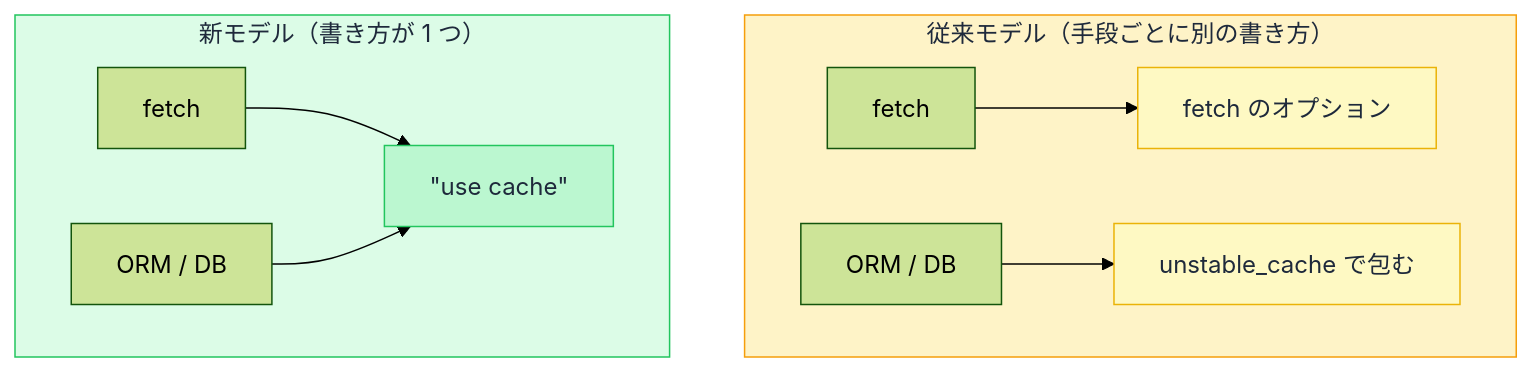
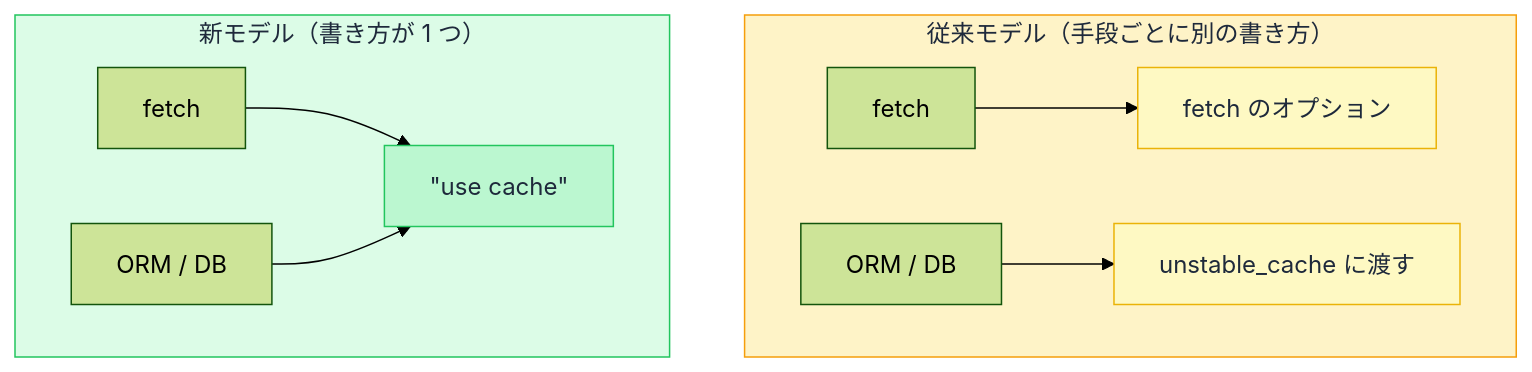
Before and after one commit to ozaki25/web-front-training-ozaki25: the diagram in docs/lessons/day28/index.md, drawn with Mermaid (forest theme).

Commit message:
Day 28: 図の unstable_cache を「渡す」に統一 (#45)

````diff
--- a/docs/lessons/day28/index.md
+++ b/docs/lessons/day28/index.md
@@ -102,16 +102,16 @@
 ```mermaid
 flowchart TD
   subgraph OLD["従来モデル（手段ごとに別の書き方）"]
     F1["fetch"] --> FO["fetch のオプション"]
-    D1["ORM / DB"] --> UC["unstable_cache で包む"]
+    D1["ORM / DB"] --> UC["unstable_cache に渡す"]
   end
   subgraph NEW["新モデル（書き方が 1 つ）"]
     F2["fetch"] --> USE["&quot;use cache&quot;"]
     D2["ORM / DB"] --> USE
   end
   style OLD fill:#fef3c7,color:#1e293b,stroke:#f59e0b
   style NEW fill:#dcfce7,color:#1e293b,stroke:#22c55e
   style FO fill:#fef9c3,color:#1e293b,stroke:#eab308
   style UC fill:#fef9c3,color:#1e293b,stroke:#eab308
   style USE fill:#bbf7d0,color:#1e293b,stroke:#22c55e
 ```
````
